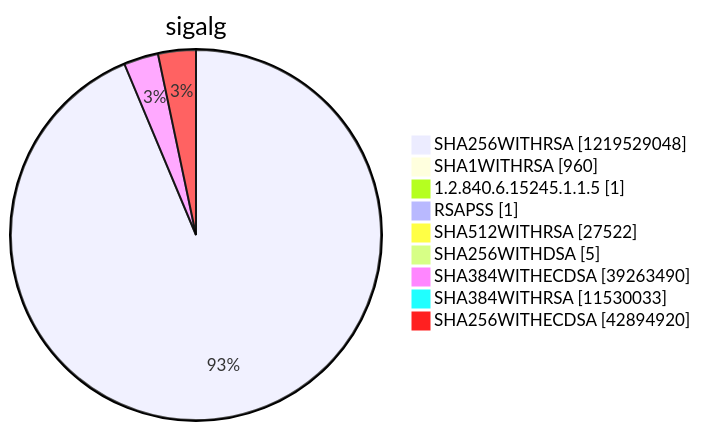
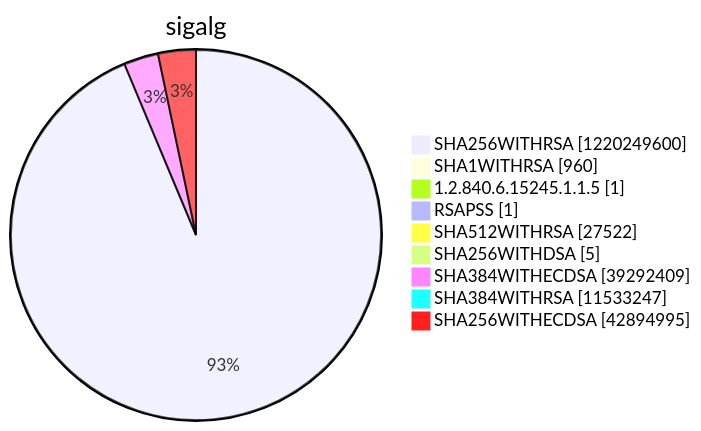
Before and after one commit to christiankrug/ctmonitor_visualization: diagram 15 of 15 in argon2022/README.md, drawn with Mermaid. The commit also changed other lines of this file, not shown here.

````diff
--- a/argon2022/README.md
+++ b/argon2022/README.md
@@ -5521,13 +5521,13 @@
 ```mermaid
 pie showData
 title sigalg
-"SHA256WITHRSA" :1219529048
+"SHA256WITHRSA" :1220249600
 "SHA1WITHRSA" :960
 "1.2.840.6.15245.1.1.5" :1
 "RSAPSS" :1
 "SHA512WITHRSA" :27522
 "SHA256WITHDSA" :5
-"SHA384WITHECDSA" :39263490
-"SHA384WITHRSA" :11530033
-"SHA256WITHECDSA" :42894920
+"SHA384WITHECDSA" :39292409
+"SHA384WITHRSA" :11533247
+"SHA256WITHECDSA" :42894995
 ```
````
